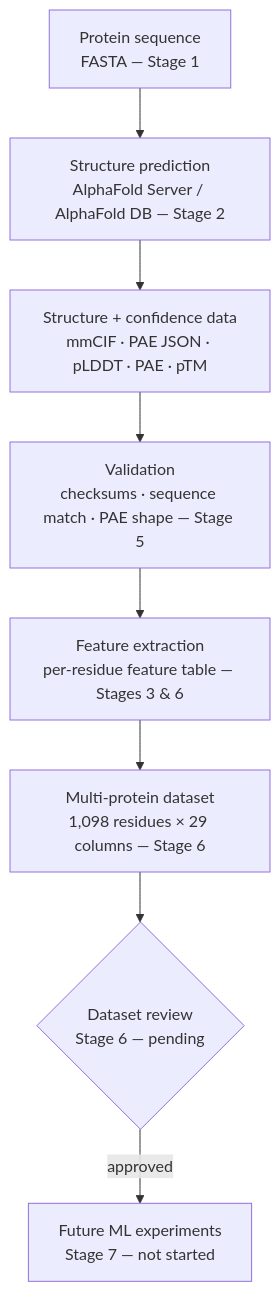
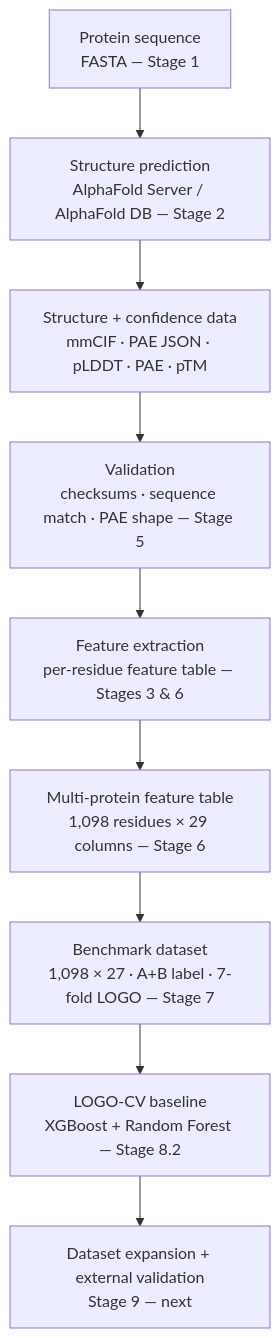
One commit to kelvinchandradjayapranata-hue/ai-biotech changed the diagram in README.md. Above: the diagram before and after it, drawn with Mermaid. The commit also changed other lines of this file and 3 other files, not shown here.

Commit message:
docs: freeze Stage 8.2 benchmark dataset and document reproducible baseline metrics

````diff
--- a/README.md
+++ b/README.md
@@ -109,10 +114,11 @@
 ```mermaid
 flowchart TD
     A["Protein sequence<br/>FASTA — Stage 1"] --> B["Structure prediction<br/>AlphaFold Server / AlphaFold DB — Stage 2"]
     B --> C["Structure + confidence data<br/>mmCIF · PAE JSON · pLDDT · PAE · pTM"]
     C --> D["Validation<br/>checksums · sequence match · PAE shape — Stage 5"]
     D --> E["Feature extraction<br/>per-residue feature table — Stages 3 & 6"]
-    E --> F["Multi-protein dataset<br/>1,098 residues × 29 columns — Stage 6"]
-    F --> G{"Dataset review<br/>Stage 6 — pending"}
-    G -->|approved| H["Future ML experiments<br/>Stage 7 — not started"]
+    E --> F["Multi-protein feature table<br/>1,098 residues × 29 columns — Stage 6"]
+    F --> G["Benchmark dataset<br/>1,098 × 27 · A+B label · 7-fold LOGO — Stage 7"]
+    G --> H["LOGO-CV baseline<br/>XGBoost + Random Forest — Stage 8.2"]
+    H --> I["Dataset expansion + external validation<br/>Stage 9 — next"]
 ```
````
